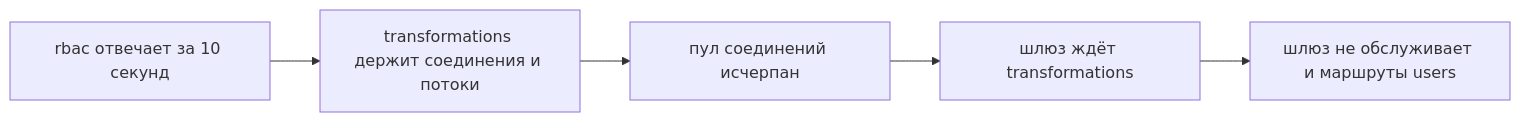
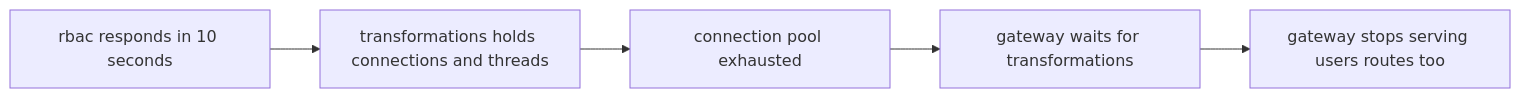
The first of 3 diagrams in courses-content/backend/B/1/en/0.6 Отказоустойчивость.md (pavel-skripko-innowise/inno-fe-be-a1), drawn with Mermaid before and after one commit. The commit also changed other lines of this file and 35 other files, not shown here.

````diff
--- a/courses-content/backend/B/1/en/0.6 Отказоустойчивость.md
+++ b/courses-content/backend/B/1/en/0.6 Отказоустойчивость.md
@@ -53,7 +53,7 @@
 ```mermaid
 flowchart LR
-  Slow[rbac отвечает за 10 секунд] --> Wait[transformations держит соединения и потоки]
-  Wait --> Pool[пул соединений исчерпан]
-  Pool --> GwWait[шлюз ждёт transformations]
-  GwWait --> AllDown[шлюз не обслуживает и маршруты users]
+  Slow[rbac responds in 10 seconds] --> Wait[transformations holds connections and threads]
+  Wait --> Pool[connection pool exhausted]
+  Pool --> GwWait[gateway waits for transformations]
+  GwWait --> AllDown[gateway stops serving users routes too]
 ```
````
